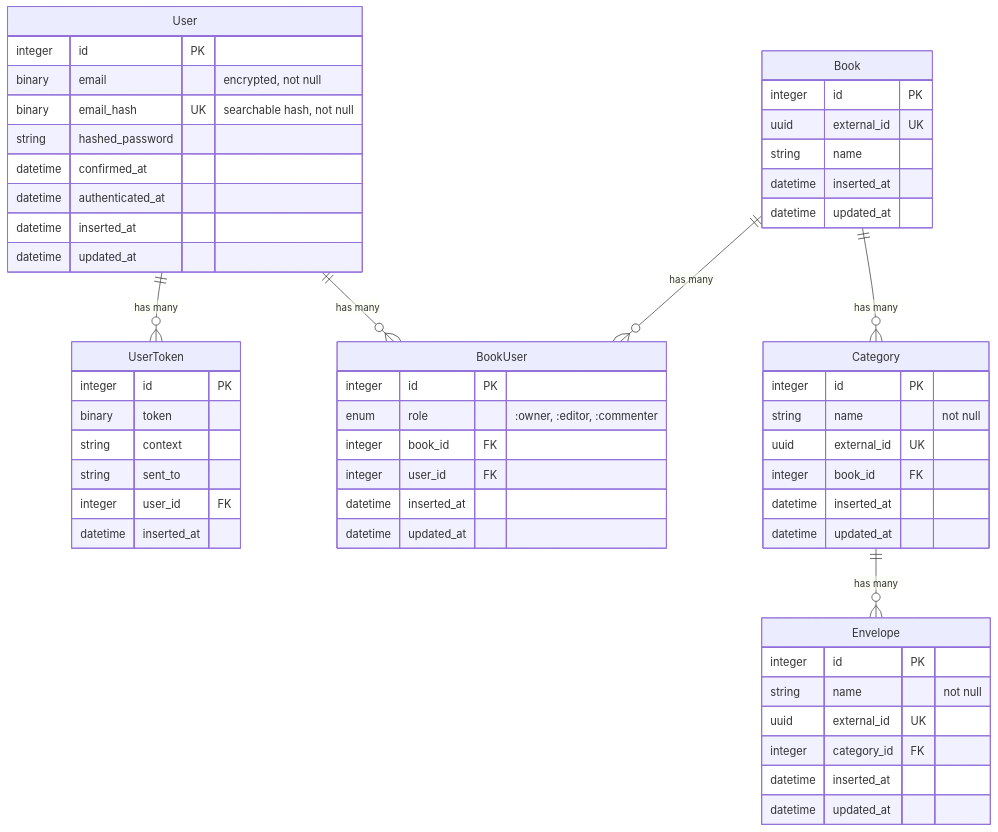
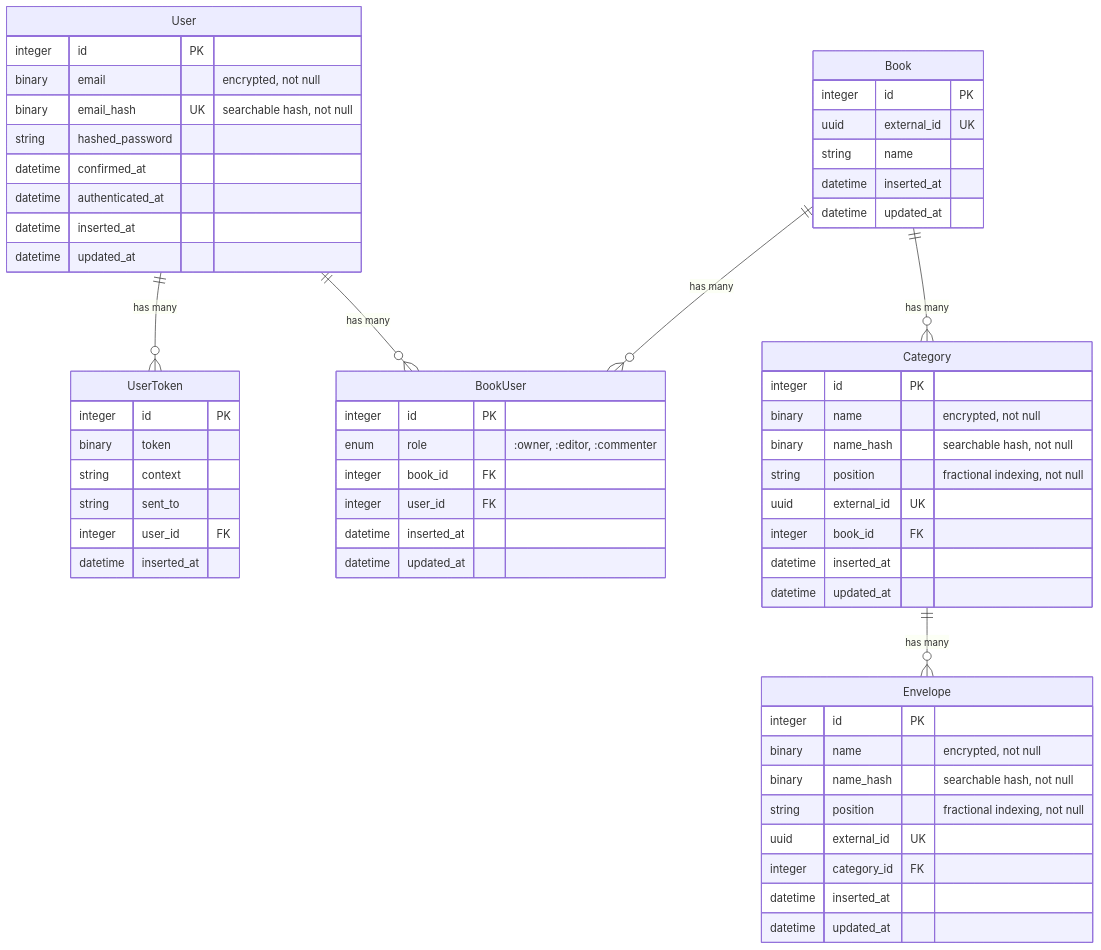
Before and after one commit to pursecraft/pursecraft: the diagram in docs/database_schema.md, drawn with Mermaid. The commit also changed other lines of this file and 8 other files, not shown here.

Commit message:
Add encryption to Category and Envelope schema

````diff
--- a/docs/database_schema.md
+++ b/docs/database_schema.md
@@ -5,63 +5,67 @@
 ```mermaid
 erDiagram
     User ||--o{ UserToken : "has many"
     User ||--o{ BookUser : "has many"
     Book ||--o{ BookUser : "has many"
     Book ||--o{ Category : "has many"
     Category ||--o{ Envelope : "has many"
     
     User {
         integer id PK
         binary email "encrypted, not null"
         binary email_hash UK "searchable hash, not null"
         string hashed_password
         datetime confirmed_at
         datetime authenticated_at
         datetime inserted_at
         datetime updated_at
     }
     
     UserToken {
         integer id PK
         binary token
         string context
         string sent_to
         integer user_id FK
         datetime inserted_at
     }
     
     Book {
         integer id PK
         uuid external_id UK
         string name
         datetime inserted_at
         datetime updated_at
     }
     
     BookUser {
         integer id PK
         enum role ":owner, :editor, :commenter"
         integer book_id FK
         integer user_id FK
         datetime inserted_at
         datetime updated_at
     }
     
     Category {
         integer id PK
-        string name "not null"
+        binary name "encrypted, not null"
+        binary name_hash "searchable hash, not null"
+        string position "fractional indexing, not null"
         uuid external_id UK
         integer book_id FK
         datetime inserted_at
         datetime updated_at
     }
     
     Envelope {
         integer id PK
-        string name "not null"
+        binary name "encrypted, not null"
+        binary name_hash "searchable hash, not null"
+        string position "fractional indexing, not null"
         uuid external_id UK
         integer category_id FK
         datetime inserted_at
         datetime updated_at
     }
 ```
````
